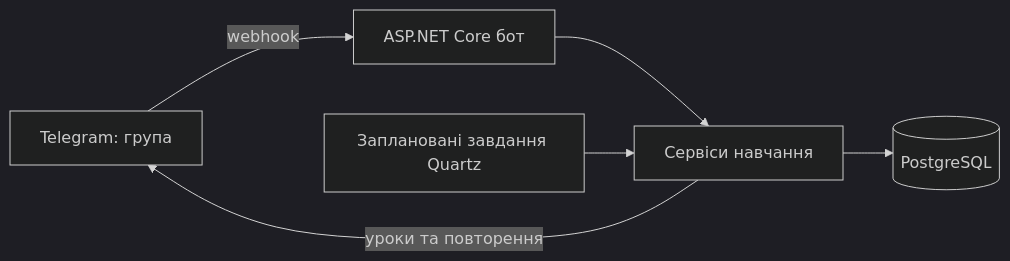
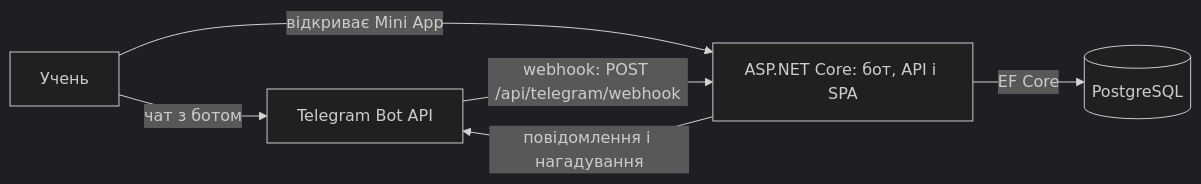
The first of 2 diagrams in README.md (HeliosPersonal/constant-learning), drawn with Mermaid (dark theme) before and after one commit. The commit also changed other lines of this file and 4 other files, not shown here.

```diff
--- a/README.md
+++ b/README.md
@@ -22,8 +9,8 @@
 ~~~mermaid
 flowchart LR
-    TG[Telegram: група] -->|webhook| API[ASP.NET Core бот]
-    API --> SVC[Сервіси навчання]
-    SVC --> DB[(PostgreSQL)]
-    JOB[Заплановані завдання Quartz] --> SVC
-    SVC -->|уроки та повторення| TG
+    U[Учень] -->|чат з ботом| TG[Telegram Bot API]
+    U -->|відкриває Mini App| APP
+    TG -->|webhook: POST /api/telegram/webhook| APP[ASP.NET Core: бот, API і SPA]
+    APP -->|повідомлення і нагадування| TG
+    APP -->|EF Core| DB[(PostgreSQL)]
 ~~~
```
